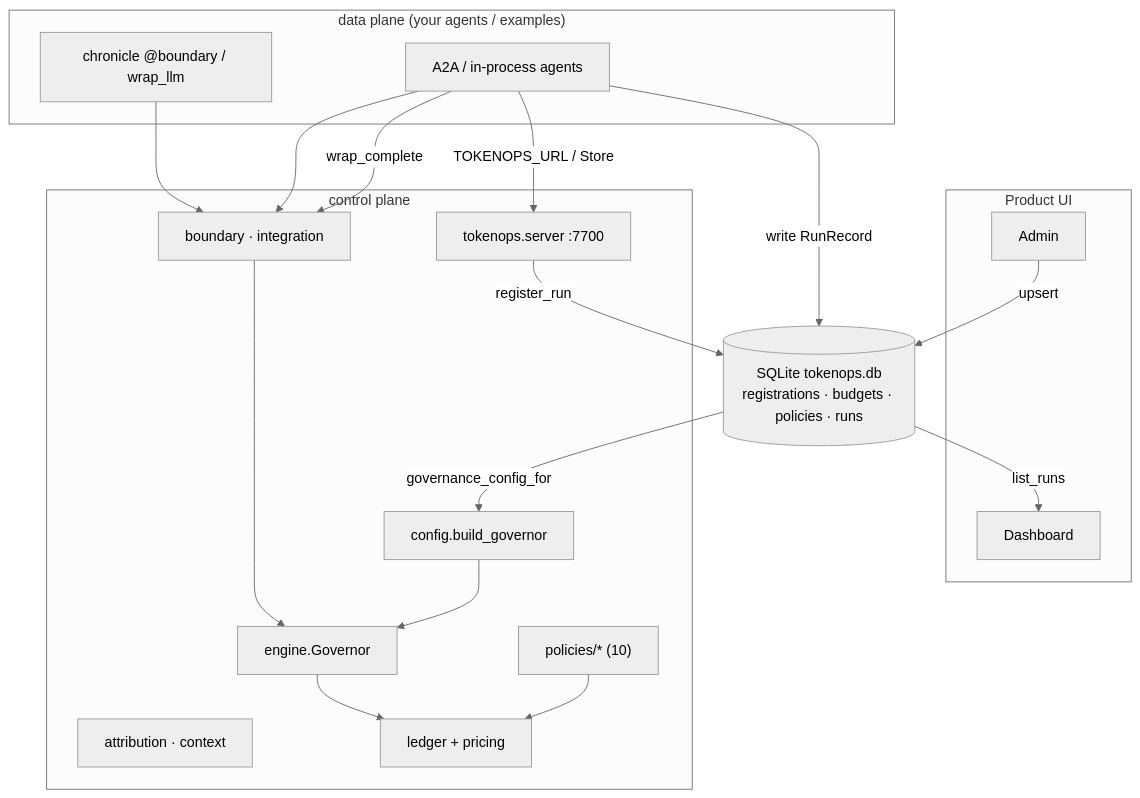
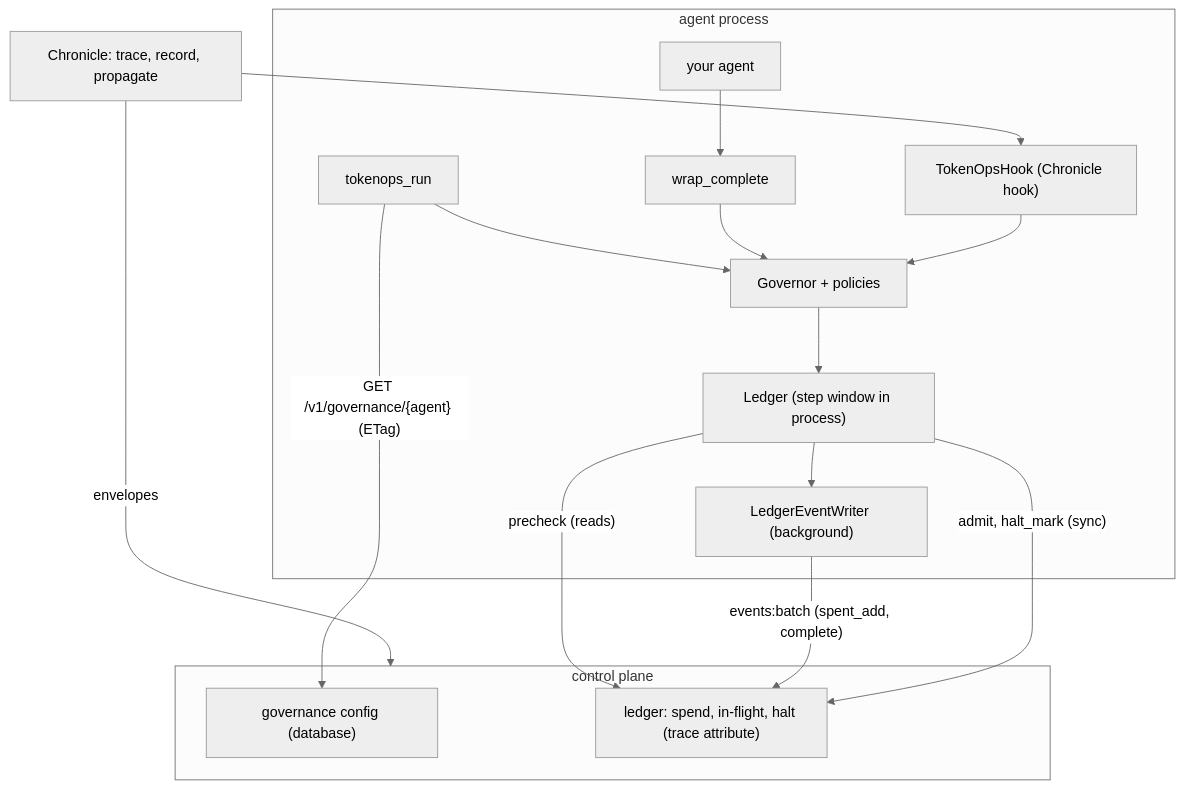
Before and after one commit to theagentplane/tokenops: the diagram in docs/architecture.md, drawn with Mermaid (neutral theme). The commit also changed other lines of this file and 33 other files, not shown here.

First line of the commit message:
docs: rewrite the docs, README and integration skill for TokenOps 1.0

````diff
--- a/docs/architecture.md
+++ b/docs/architecture.md
@@ -29,38 +33,29 @@
 ```mermaid
 graph TD
-    subgraph dataplane["data plane (your agents / examples)"]
-        agent["A2A / in-process agents"]
-        chronicle["chronicle @boundary / wrap_llm"]
+    subgraph agent["agent process"]
+        code["your agent"]
+        run["tokenops_run"]
+        wrap["wrap_complete"]
+        hook["TokenOpsHook (Chronicle hook)"]
+        gov["Governor + policies"]
+        led["Ledger (step window in process)"]
+        wr["LedgerEventWriter (background)"]
     end
 
-    subgraph uis["Product UI"]
-        admin["Admin"]
-        dash["Dashboard"]
+    subgraph plane["control plane"]
+        gcfg["governance config (database)"]
+        shared["ledger: spend, in-flight, halt (trace attribute)"]
     end
 
-    store[("SQLite tokenops.db\nregistrations · budgets · policies · runs")]
+    chron["Chronicle: trace, record, propagate"]
 
-    subgraph control["control plane"]
-        attr["attribution · context"]
-        boundary["boundary · integration"]
-        cfg["config.build_governor"]
-        engine["engine.Governor"]
-        policies["policies/* (10)"]
-        ledger["ledger + pricing"]
-        plane["tokenops.server :7700"]
-    end
-
-    plane -->|register_run| store
-    agent -->|TOKENOPS_URL / Store| plane
-    admin -->|upsert| store
-    store -->|governance_config_for| cfg
-    agent -->|write RunRecord| store
-    store -->|list_runs| dash
-    chronicle --> boundary
-    boundary --> engine
-    agent --> boundary
-    agent -->|wrap_complete| boundary
-    cfg --> engine
-    engine --> ledger
-    policies --> ledger
+    run -->|"GET /v1/governance/{agent} (ETag)"| gcfg
+    run --> gov
+    code --> wrap --> gov
+    chron --> hook --> gov
+    gov --> led
+    led -->|"precheck (reads)"| shared
+    led --> wr -->|"events:batch (spent_add, complete)"| shared
+    led -->|"admit, halt_mark (sync)"| shared
+    chron -->|"envelopes"| plane
 ```
````
